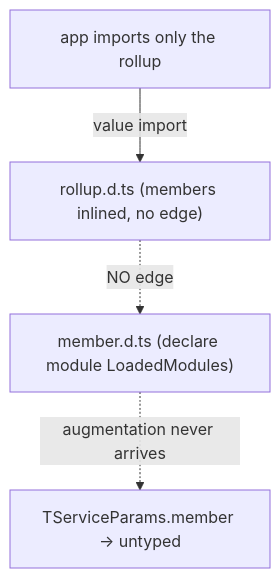
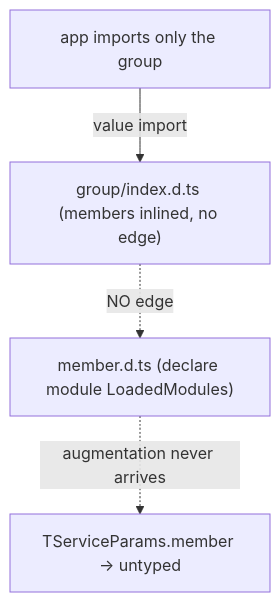
The second of 2 diagrams in docs/core/guides/library-composition.md (Digital-Alchemy-TS/documentation), drawn with Mermaid before and after one commit. The commit also changed other lines of this file and 3 other files, not shown here.

````diff
--- a/docs/core/guides/library-composition.md
+++ b/docs/core/guides/library-composition.md
@@ -71,6 +132,6 @@
 ```mermaid
 graph TD
-  App["app imports only the rollup"] -->|"value import"| Rollup["rollup.d.ts (members inlined, no edge)"]
-  Rollup -.->|"NO edge"| Member["member.d.ts (declare module LoadedModules)"]
+  App["app imports only the group"] -->|"value import"| Group["group/index.d.ts (members inlined, no edge)"]
+  Group -.->|"NO edge"| Member["member.d.ts (declare module LoadedModules)"]
   Member -.->|"augmentation never arrives"| Params["TServiceParams.member → untyped"]
 ```
````
